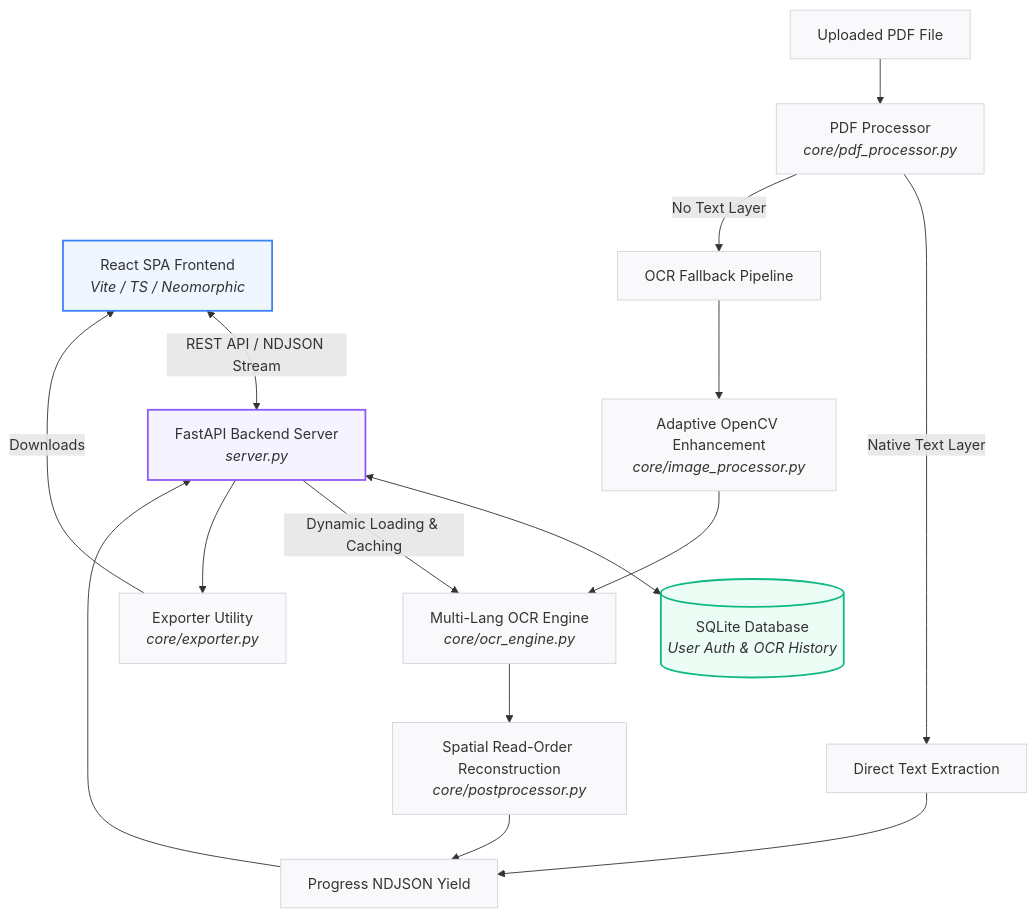
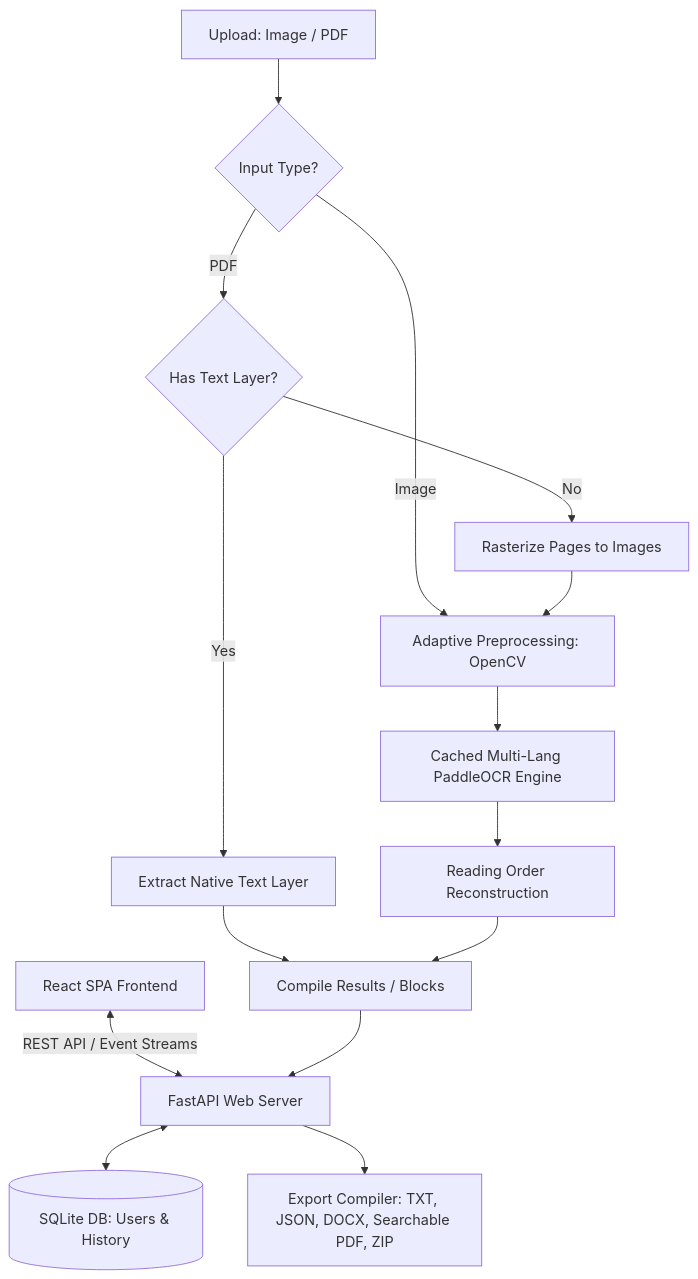
Before and after one commit to MuhammadDias/Paddle-OCR: the diagram in readme.md, drawn with Mermaid. The commit also changed other lines of this file, not shown here.

Commit message:
docs: clean up architecture workflow and remove emojis in README

````diff
--- a/readme.md
+++ b/readme.md
@@ -11,31 +13,26 @@
 ```mermaid
 flowchart TD
-    SPA[React SPA Frontend<br/><i>Vite / TS / Neomorphic</i>] <-->|REST API / NDJSON Stream| Server[FastAPI Backend Server<br/><i>server.py</i>]
-    Server <--> DB[(SQLite Database<br/><i>User Auth & OCR History</i>)]
-    Server -->|Dynamic Loading & Caching| Engine[Multi-Lang OCR Engine<br/><i>core/ocr_engine.py</i>]
+    Client[React SPA Frontend] <-->|REST API / Event Streams| API[FastAPI Web Server]
+    API <--> AuthDB[(SQLite DB: Users & History)]
     
-    %% Document PDF pipeline
-    PDF[Uploaded PDF File] --> PDFProc[PDF Processor<br/><i>core/pdf_processor.py</i>]
-    PDFProc -->|Native Text Layer| TextLayer[Direct Text Extraction]
-    PDFProc -->|No Text Layer| OCRFall[OCR Fallback Pipeline]
+    %% Input Source Selection
+    Input[Upload: Image / PDF] --> Router{Input Type?}
+    Router -->|Image| Preproc[Adaptive Preprocessing: OpenCV]
+    Router -->|PDF| PDFLayer{Has Text Layer?}
     
-    OCRFall --> ImageEnh[Adaptive OpenCV Enhancement<br/><i>core/image_processor.py</i>]
-    ImageEnh --> Engine
-    Engine --> Post[Spatial Read-Order Reconstruction<br/><i>core/postprocessor.py</i>]
+    %% Direct Extraction or Preprocessing
+    PDFLayer -->|Yes| Direct[Extract Native Text Layer]
+    PDFLayer -->|No| Raster[Rasterize Pages to Images]
+    Raster --> Preproc
     
-    TextLayer --> Assembly[Progress NDJSON Yield]
-    Post --> Assembly
-    Assembly --> Server
+    %% OCR Engine & Reading Order
+    Preproc --> OCR[Cached Multi-Lang PaddleOCR Engine]
+    OCR --> Post[Reading Order Reconstruction]
     
-    %% Exporter
-    Server --> Export[Exporter Utility<br/><i>core/exporter.py</i>]
-    Export -->|Downloads| SPA
-
-    classDef default fill:#f9f9fb,stroke:#d1d5db,stroke-width:1px;
-    classDef spa fill:#eff6ff,stroke:#3b82f6,stroke-width:2px;
-    classDef server fill:#f5f3ff,stroke:#8b5cf6,stroke-width:2px;
-    classDef database fill:#ecfdf5,stroke:#10b981,stroke-width:2px;
-    class SPA spa;
-    class Server server;
-    class DB database;
+    %% Output Assembly
+    Direct --> Output[Compile Results / Blocks]
+    Post --> Output
+    
+    Output --> API
+    API --> Export[Export Compiler: TXT, JSON, DOCX, Searchable PDF, ZIP]
 ```
````
